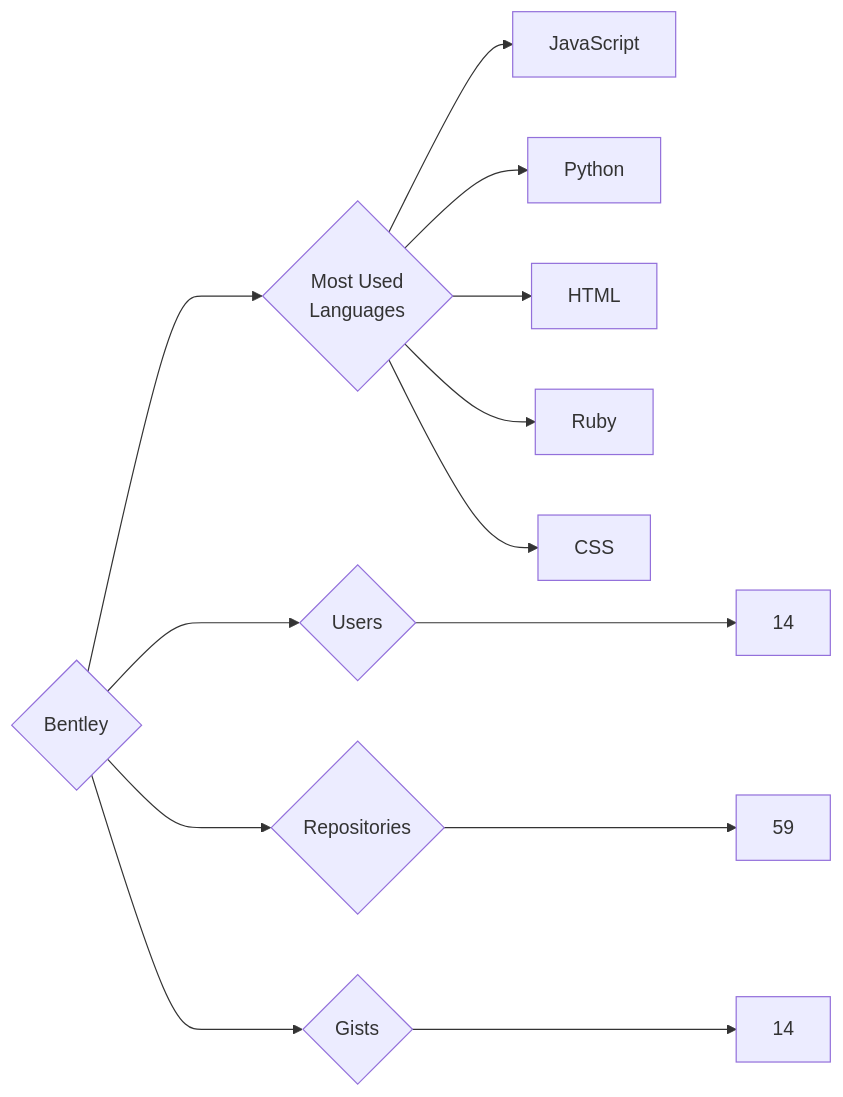
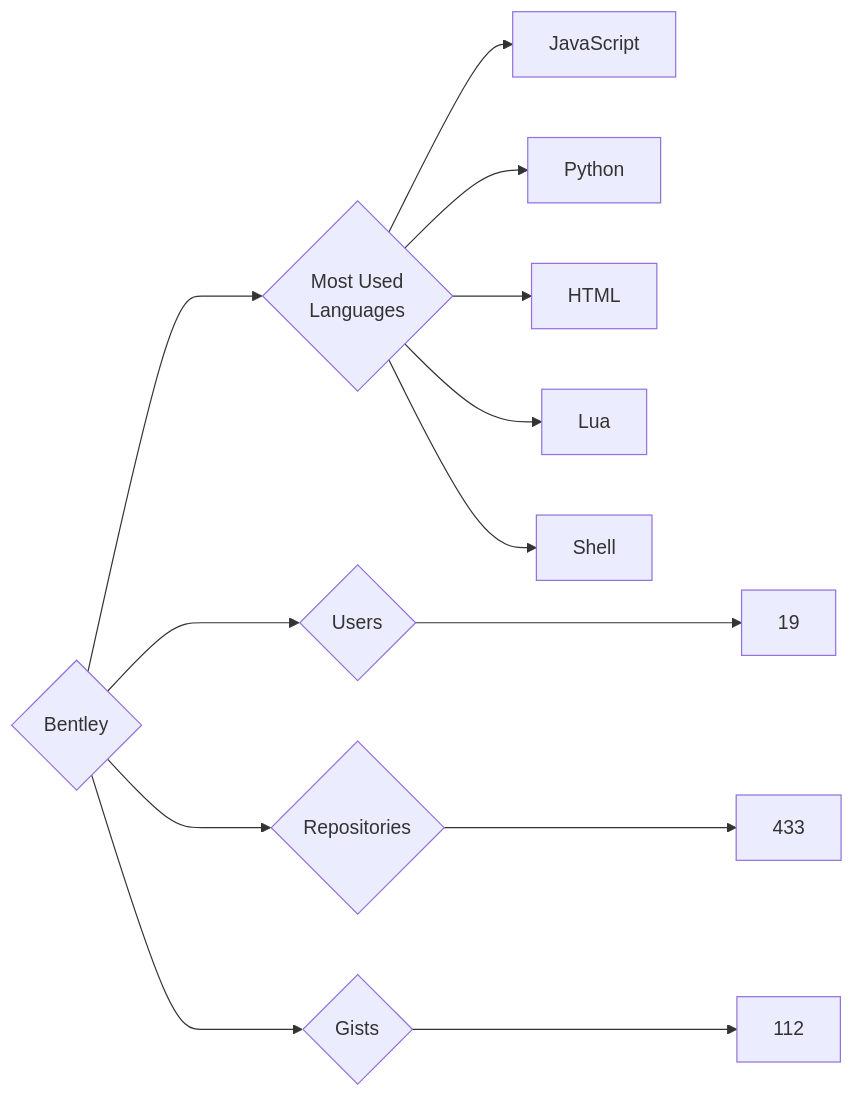
One commit to trickest/insiders changed the diagram in targets/Bentley/README.md. Above: the diagram before and after it, drawn with Mermaid. The commit also changed 874 other files, not shown here.

````diff
--- a/targets/Bentley/README.md
+++ b/targets/Bentley/README.md
@@ -3,13 +3,13 @@
 ```mermaid
 graph LR
 COMPANY_NAME{Bentley}
-COMPANY_NAME ---> U{Users} ---> UN[14]
-COMPANY_NAME ---> R{Repositories} ---> RN[59]
-COMPANY_NAME ---> G{Gists} ---> GN[14]
+COMPANY_NAME ---> U{Users} ---> UN[19]
+COMPANY_NAME ---> R{Repositories} ---> RN[433]
+COMPANY_NAME ---> G{Gists} ---> GN[112]
 COMPANY_NAME ---> ML{Most Used<br>Languages}
 ML --> JavaScript[JavaScript]
 ML --> Python[Python]
 ML --> HTML[HTML]
-ML --> Ruby[Ruby]
-ML --> CSS[CSS]
+ML --> Lua[Lua]
+ML --> Shell[Shell]
 ```
````
